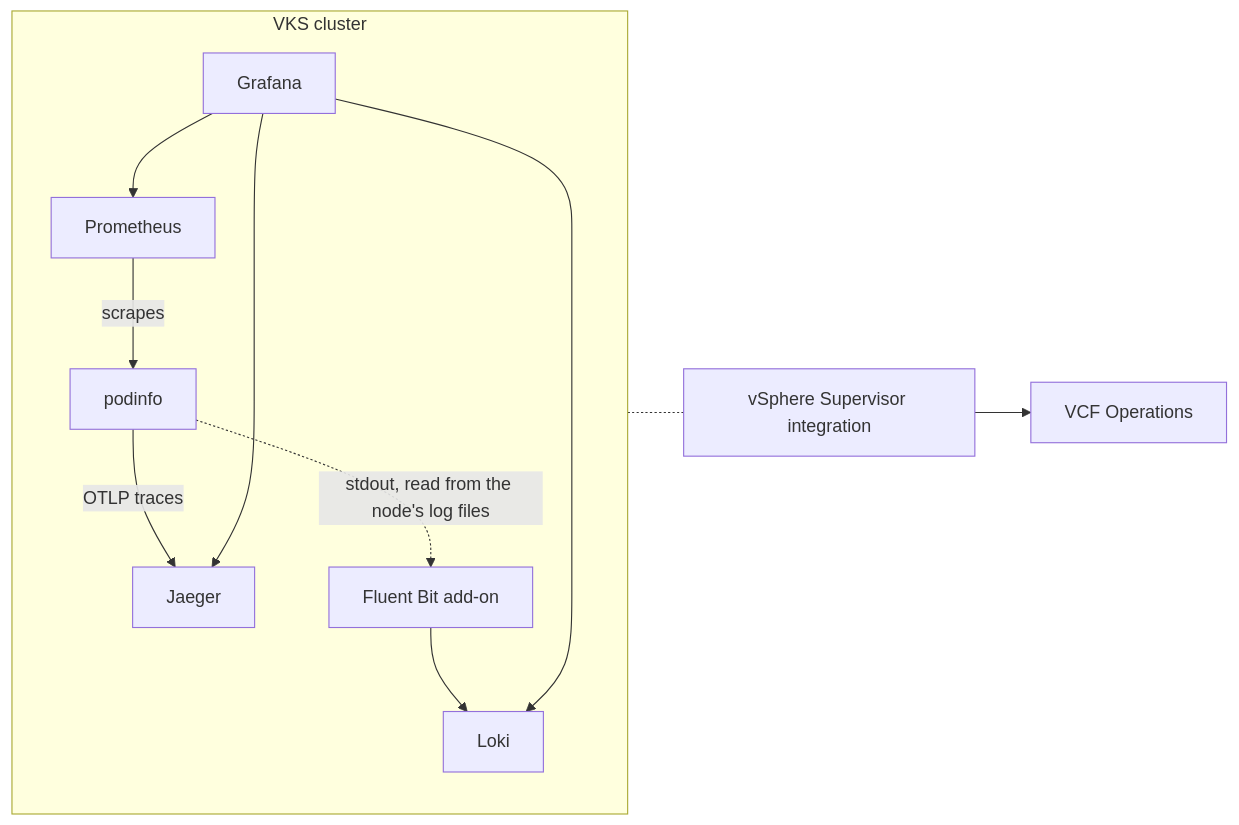
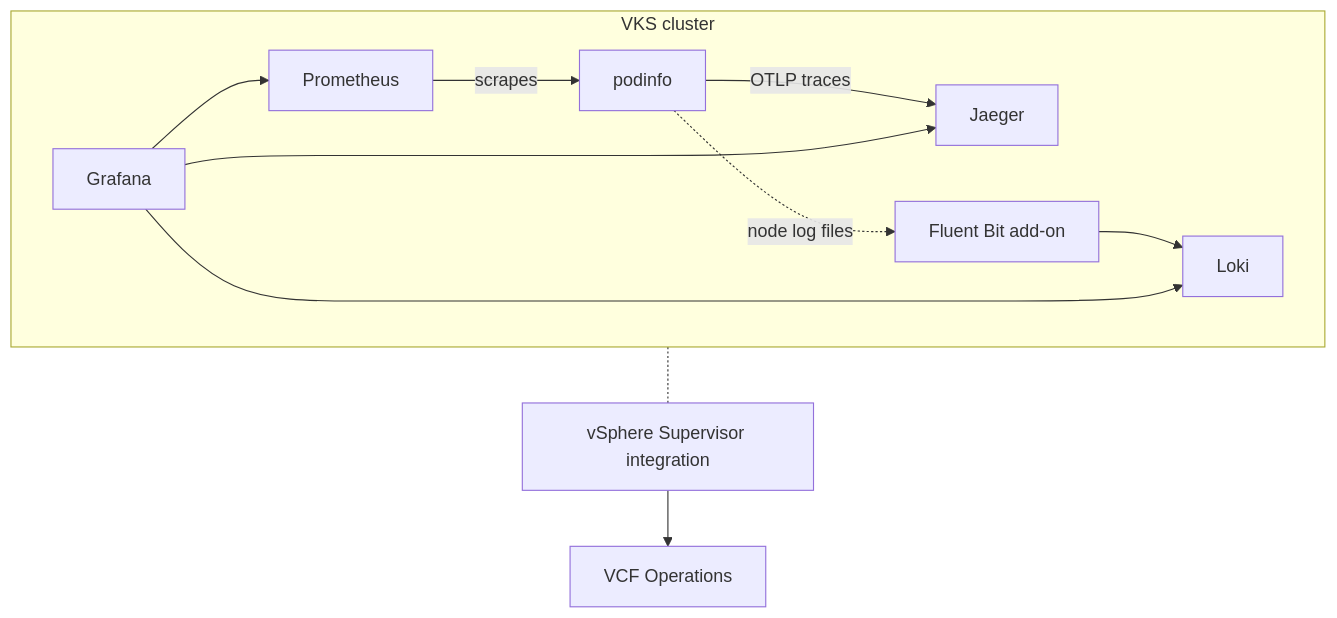
Before and after one commit to AndriyKalashnykov/vks-guides: the diagram in docs/OBSERVABILITY.md, drawn with Mermaid. The commit also changed 1 other file, not shown here.

Commit message:
docs: CLUSTER.md names builtin-generic-v3.7.0 as the newest in VKS 3.7.2 (#36)
VKS 3.7.2 ships ClusterClasses up to builtin-generic-v3.7.0 and Broadcom
publishes the variable reference for 3.7.0 (3.7.1, 3.7.2 404; 3.8.0 exists),
so the step says to take the newest the list offers and the NOTE links the
other versions. OBSERVABILITY.md diagram goes top-down so GitHub shows it whole.

````diff
--- a/docs/OBSERVABILITY.md
+++ b/docs/OBSERVABILITY.md
@@ -25,10 +25,10 @@
 ```mermaid
-flowchart LR
+flowchart TB
   subgraph cluster["VKS cluster"]
     app["podinfo"] -- "OTLP traces" --> jaeger["Jaeger"]
-    app -. "stdout, read from the node's log files" .-> fb["Fluent Bit add-on"] --> loki["Loki"]
+    app -. "node log files" .-> fb["Fluent Bit add-on"] --> loki["Loki"]
     prom["Prometheus"] -- "scrapes" --> app
     grafana["Grafana"] --> prom & loki & jaeger
   end
   cluster -.- sup["vSphere Supervisor integration"] --> ops["VCF Operations"]
 ```
````
